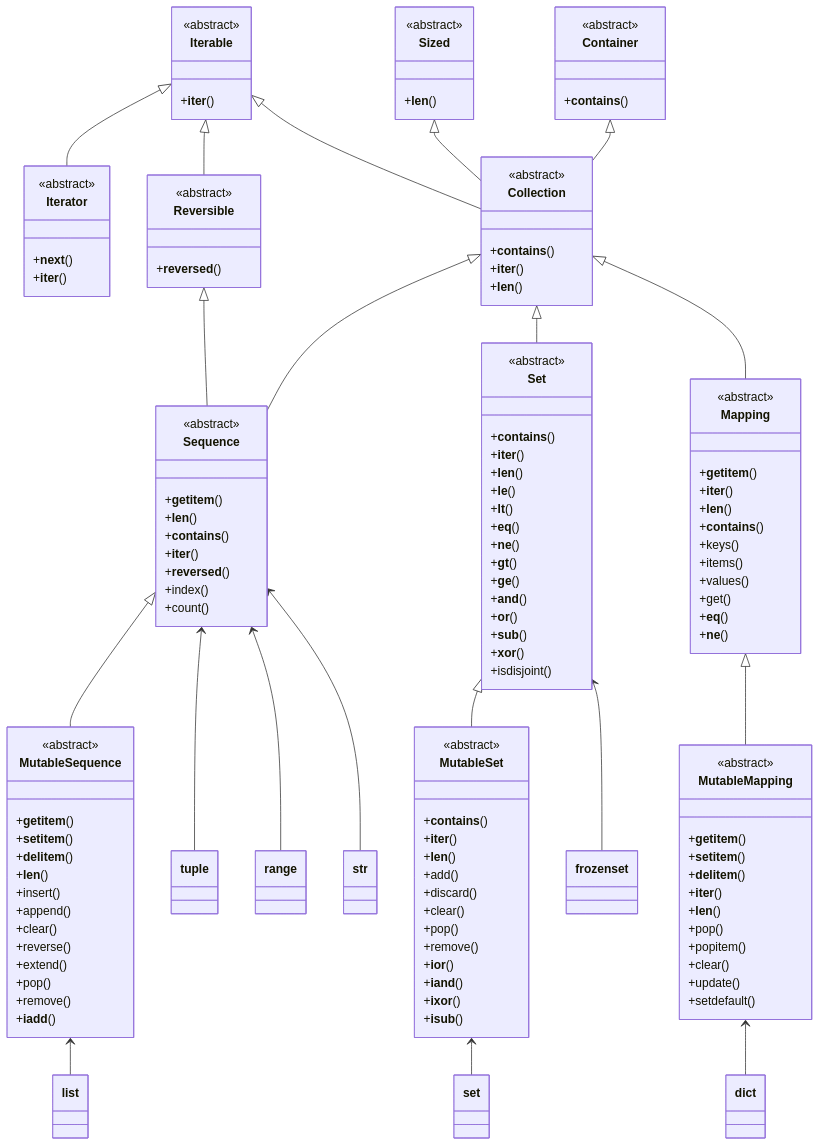
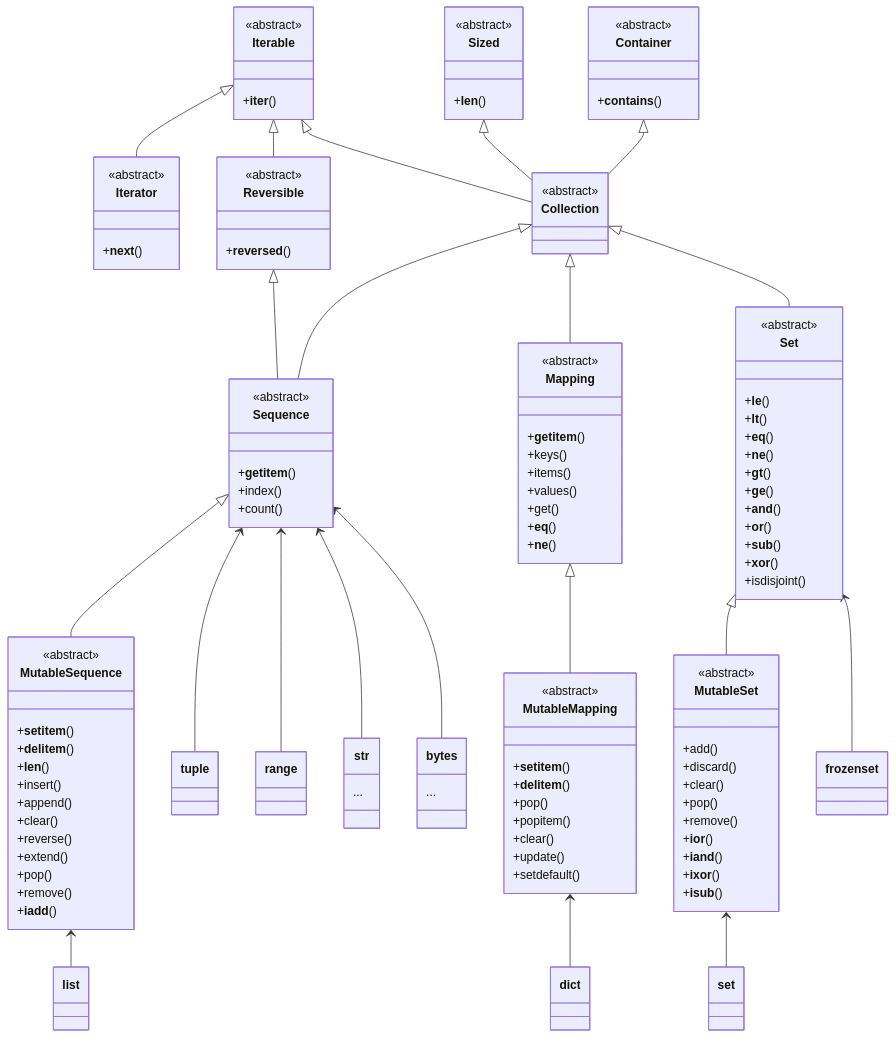
One commit to hanoufalmogri/python changed the diagram in book/appendix/appendix_collections.qmd. Above: the diagram before and after it, drawn with Mermaid. The commit also changed other lines of this file and 12 other files, not shown here.

````diff
--- a/book/appendix/appendix_collections.qmd
+++ b/book/appendix/appendix_collections.qmd
@@ -35,7 +19,6 @@
     class Iterator {
         <<abstract>>
         +__next__()
-        +__iter__()
     }
 
     class Reversible {
@@ -50,25 +33,17 @@
 
     class Collection {
         <<abstract>>
-        +__contains__()
-        +__iter__()
-        +__len__()
     }
 
     class Sequence {
         <<abstract>>
         +__getitem__()
-        +__len__()
-        +__contains__()
-        +__iter__()
-        +__reversed__()
         +index()
         +count()
     }
 
     class MutableSequence {
         <<abstract>>
-        +__getitem__()
         +__setitem__()
         +__delitem__()
         +__len__()
@@ -84,9 +59,6 @@
 
     class Set {
         <<abstract>>
-        +__contains__()
-        +__iter__()
-        +__len__()
         +__le__()
         +__lt__()
         +__eq__()
@@ -102,9 +74,6 @@
 
     class MutableSet {
         <<abstract>>
-        +__contains__()
-        +__iter__()
-        +__len__()
         +add()
         +discard()
         +clear()
@@ -119,9 +88,6 @@
     class Mapping {
         <<abstract>>
         +__getitem__()
-        +__iter__()
-        +__len__()
-        +__contains__()
         +keys()
         +items()
         +values()
@@ -132,11 +98,8 @@
 
     class MutableMapping {
         <<abstract>>
-        +__getitem__()
         +__setitem__()
         +__delitem__()
-        +__iter__()
-        +__len__()
         +pop()
         +popitem()
         +clear()
@@ -144,16 +107,24 @@
         +setdefault()
     }
 
+    class str {
+        ...
+    }
+
+    class bytes {
+        ...
+    }
+
     Iterable <|-- Iterator
     Iterable <|-- Reversible
+
     Sized <|-- Collection
     Iterable <|-- Collection
     Container <|-- Collection
+
     Reversible <|-- Sequence
     Collection <|-- Sequence
     Sequence <|-- MutableSequence
-    Collection <|-- Set
-    Set <|-- MutableSet
     Collection <|-- Mapping
     Mapping <|-- MutableMapping
 
@@ -161,7 +132,11 @@
     Sequence <-- tuple
     Sequence <-- range
     Sequence <-- str
+    Sequence <-- bytes
     MutableMapping <-- dict
+
+    Collection <|-- Set
+    Set <|-- MutableSet
+    MutableSet <-- set
     Set <-- frozenset
-    MutableSet <-- set
 ```
````
